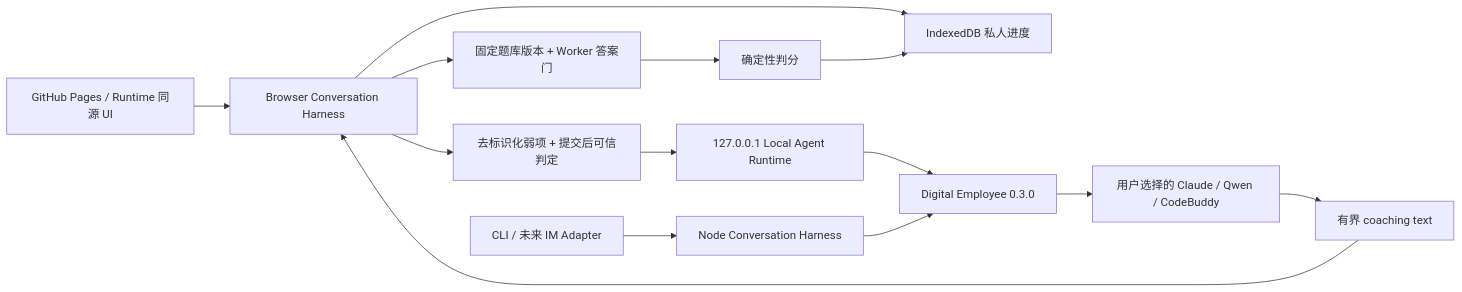
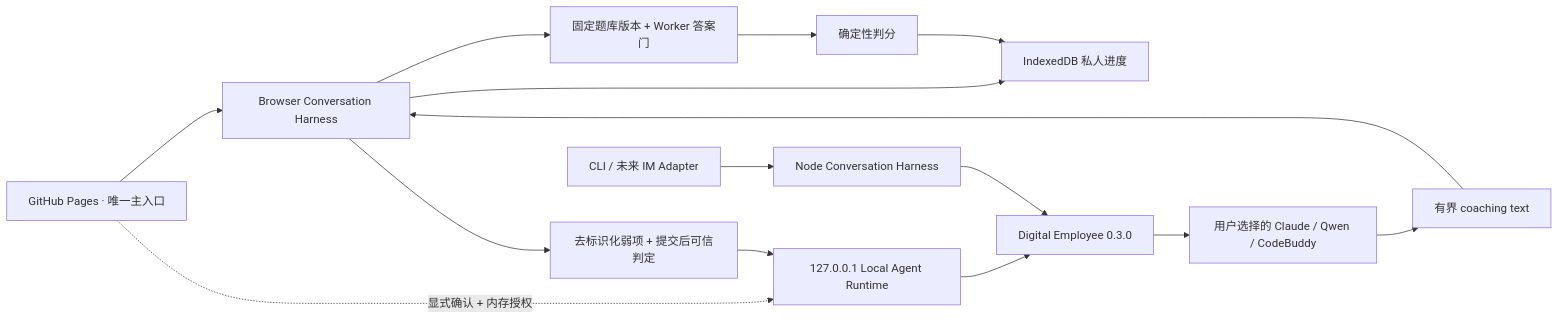
One commit to PeterGuy326/senior-architect-pass-coach changed the diagram in README.md. Above: the diagram before and after it, drawn with Mermaid. The commit also changed other lines of this file and 21 other files, not shown here.

````diff
--- a/README.md
+++ b/README.md
@@ -170,16 +174,17 @@
 ```mermaid
 flowchart LR
-  A["GitHub Pages / Runtime 同源 UI"] --> B["Browser Conversation Harness"]
+  A["GitHub Pages · 唯一主入口"] --> B["Browser Conversation Harness"]
   B --> C["固定题库版本 + Worker 答案门"]
   B --> D["IndexedDB 私人进度"]
   B --> E["去标识化弱项 + 提交后可信判定"]
-  E --> F["127.0.0.1 Local Agent Runtime"]
+  A -. "显式确认 + 内存授权" .-> F["127.0.0.1 Local Agent Runtime"]
+  E --> F
   F --> G["Digital Employee 0.3.0"]
   G --> H["用户选择的 Claude / Qwen / CodeBuddy"]
   H --> I["有界 coaching text"]
   I --> B
   K["CLI / 未来 IM Adapter"] --> L["Node Conversation Harness"]
   L --> G
   C --> J["确定性判分"]
   J --> D
 ```
````
